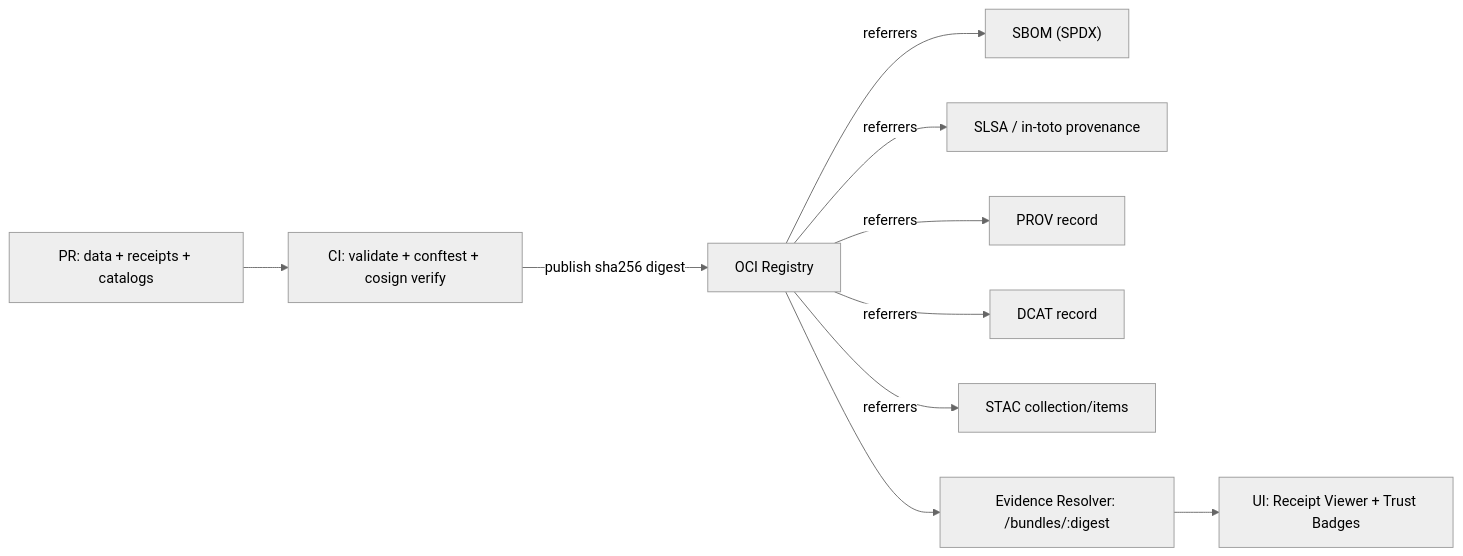
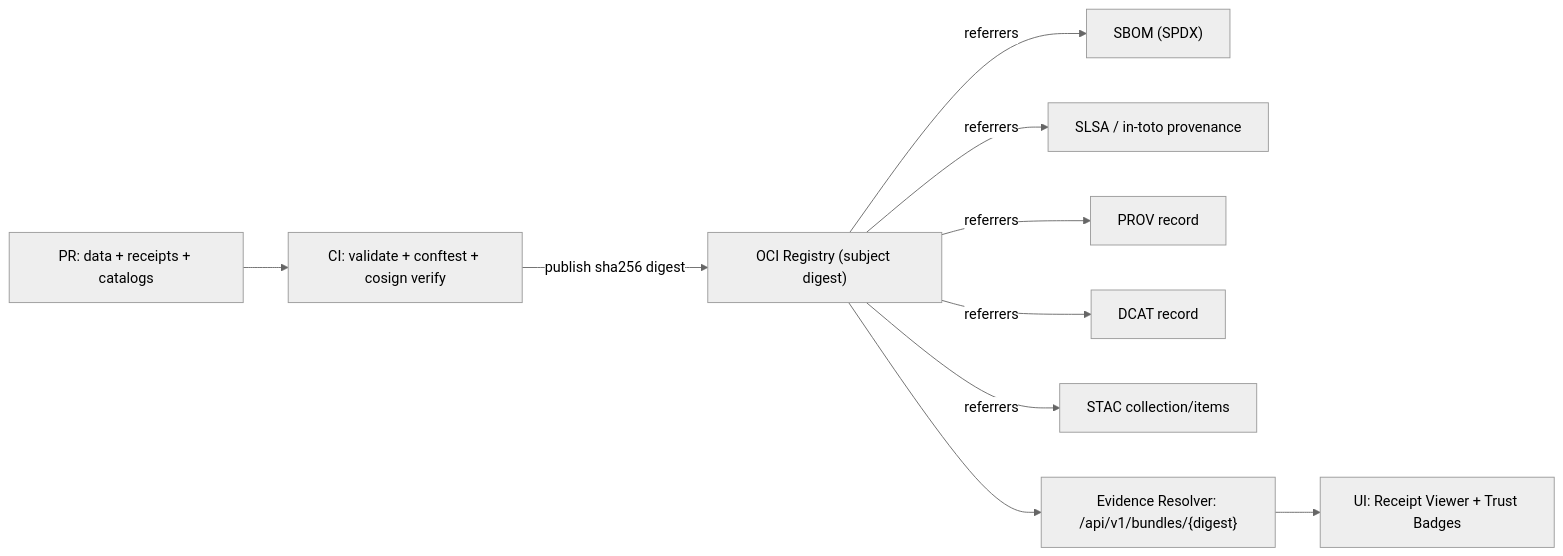
Before and after one commit to bartytime4life/Kansas-Frontier-Matrix: the second of 2 diagrams in .github/README.md, drawn with Mermaid (neutral theme). The commit also changed other lines of this file, not shown here.

````diff
--- a/.github/README.md
+++ b/.github/README.md
@@ -195,12 +274,12 @@
 ```mermaid
 flowchart LR
   PR["PR: data + receipts + catalogs"] --> CI["CI: validate + conftest + cosign verify"]
-  CI -->|"publish sha256 digest"| OCI["OCI Registry"]
+  CI -->|"publish sha256 digest"| OCI["OCI Registry (subject digest)"]
   OCI -->|"referrers"| SBOM["SBOM (SPDX)"]
   OCI -->|"referrers"| SLSA["SLSA / in-toto provenance"]
   OCI -->|"referrers"| PROV["PROV record"]
   OCI -->|"referrers"| DCAT["DCAT record"]
   OCI -->|"referrers"| STAC["STAC collection/items"]
-  OCI --> API["Evidence Resolver: /bundles/:digest"]
+  OCI --> API["Evidence Resolver: /api/v1/bundles/{digest}"]
   API --> UI["UI: Receipt Viewer + Trust Badges"]
 ```
````
